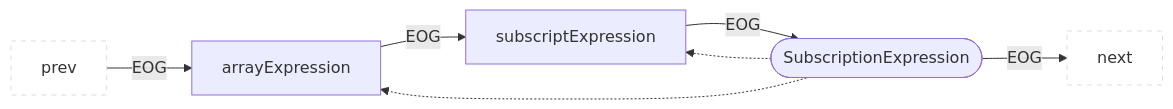
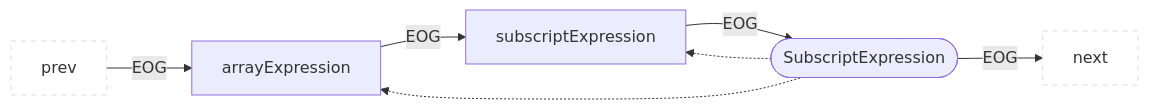
One commit to Fraunhofer-AISEC/cpg changed the eighth of 40 diagrams in docs/docs/CPG/specs/eog.md. Above: the diagram before and after it, drawn with Mermaid. The commit also changed other lines of this file and 28 other files, not shown here.

Commit message:
Renaming SubscriptionExpression to SubscriptExpression and fix comment with Block

````diff
--- a/docs/docs/CPG/specs/eog.md
+++ b/docs/docs/CPG/specs/eog.md
@@ -180,10 +180,10 @@
 ```mermaid
 flowchart LR
   classDef outer fill:#fff,stroke:#ddd,stroke-dasharray:5 5;
   prev:::outer --EOG--> child
   child --EOG--> child2["subscriptExpression"]
-  parent(["SubscriptionExpression"]) --EOG--> next:::outer
+  parent(["SubscriptExpression"]) --EOG--> next:::outer
   parent -.-> child["arrayExpression"]
   parent -.-> child2
   child2 --EOG--> parent
 ```
````
